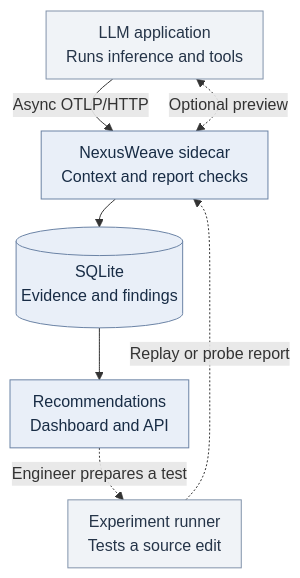
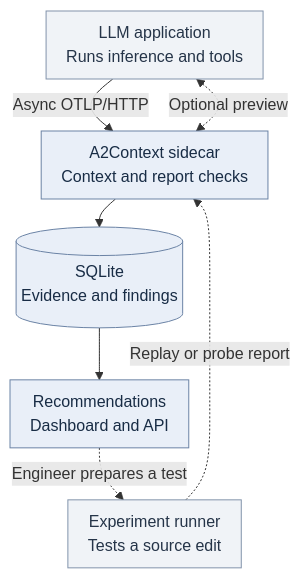
Before and after one commit to thakur-ro/A2Context: the diagram in README.md, drawn with Mermaid. The commit also changed other lines of this file and 276 other files, not shown here.

Commit message:
Rename NexusWeave to A2Context and preserve existing evidence

````diff
--- a/README.md
+++ b/README.md
@@ -49,29 +49,29 @@
 ```mermaid
 ---
 config:
   flowchart:
     nodeSpacing: 22
     rankSpacing: 28
     padding: 10
 ---
 flowchart TB
-    accTitle: NexusWeave sidecar and inference paths
+    accTitle: A2Context sidecar and inference paths
     accDescr: The application owns inference and tool execution. It exports captured traces asynchronously and can request a synchronous preview. The sidecar checks captured context and verifies reports from a separate experiment runner. SQLite backs the recommendations dashboard, where an engineer can prepare another test.
 
     App["LLM application<br/>Runs inference and tools"]
     Runner["Experiment runner<br/>Tests a source edit"]
-    Worker["NexusWeave sidecar<br/>Context and report checks"]
+    Worker["A2Context sidecar<br/>Context and report checks"]
     Store[("SQLite<br/>Evidence and findings")]
     Dashboard["Recommendations<br/>Dashboard and API"]
 
     App -->|"Async OTLP/HTTP"| Worker
     App <-.->|"Optional preview"| Worker
     Runner -.->|"Replay or probe report"| Worker
     Worker --> Store --> Dashboard
     Dashboard -.->|"Engineer prepares a test"| Runner
 
     classDef workflow fill:#f0f3f7,stroke:#8293ab,color:#253448
     classDef analysis fill:#e9eff8,stroke:#6b83a5,color:#182c45
     class App,Runner workflow
     class Worker,Store,Dashboard analysis
 ```
````
